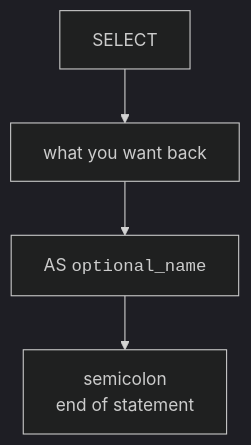
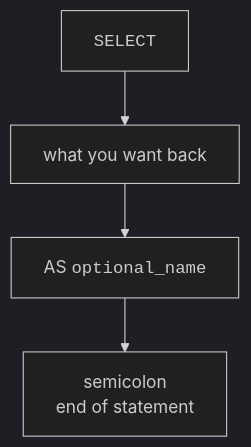
Before and after one commit to dataslope/dataslope: the second of 3 diagrams in content/learn/sqlite-for-beginners/first-queries.mdx, drawn with Mermaid (dark theme). The commit also changed other lines of this file and 56 other files, not shown here.

````diff
--- a/content/learn/sqlite-for-beginners/first-queries.mdx
+++ b/content/learn/sqlite-for-beginners/first-queries.mdx
@@ -62,6 +62,6 @@
 ```mermaid
 flowchart TB
-    A["SELECT"] --> B["what you want back"]
+    A["<code>SELECT</code>"] --> B["what you want back"]
     B --> C["AS <code>optional_name</code>"]
     C --> D["semicolon<br/>end of statement"]
 ```
````
